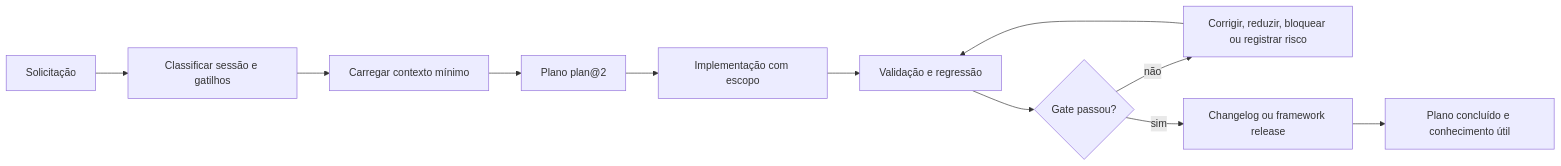
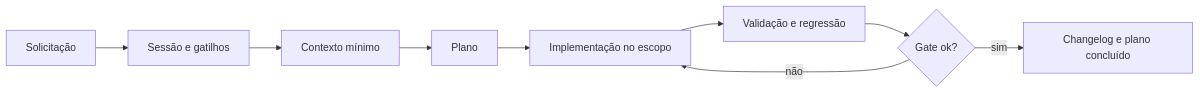
Before and after one commit to Sistema2D/FrameCode-VibeWork: the first of 2 diagrams in README.md, drawn with Mermaid. The commit also changed other lines of this file and 16 other files, not shown here.

````diff
--- a/README.md
+++ b/README.md
@@ -123,13 +66,11 @@
 ```mermaid
 flowchart LR
-    A["Solicitação"] --> B["Classificar sessão e gatilhos"]
-    B --> C["Carregar contexto mínimo"]
-    C --> D["Plano plan@2"]
-    D --> E["Implementação com escopo"]
+    A["Solicitação"] --> B["Sessão e gatilhos"]
+    B --> C["Contexto mínimo"]
+    C --> D["Plano"]
+    D --> E["Implementação no escopo"]
     E --> F["Validação e regressão"]
-    F --> G{"Gate passou?"}
-    G -- "não" --> H["Corrigir, reduzir, bloquear ou registrar risco"]
-    H --> F
-    G -- "sim" --> I["Changelog ou framework release"]
-    I --> J["Plano concluído e conhecimento útil"]
+    F --> G{"Gate ok?"}
+    G -- "não" --> E
+    G -- "sim" --> H["Changelog e plano concluído"]
 ```
````
